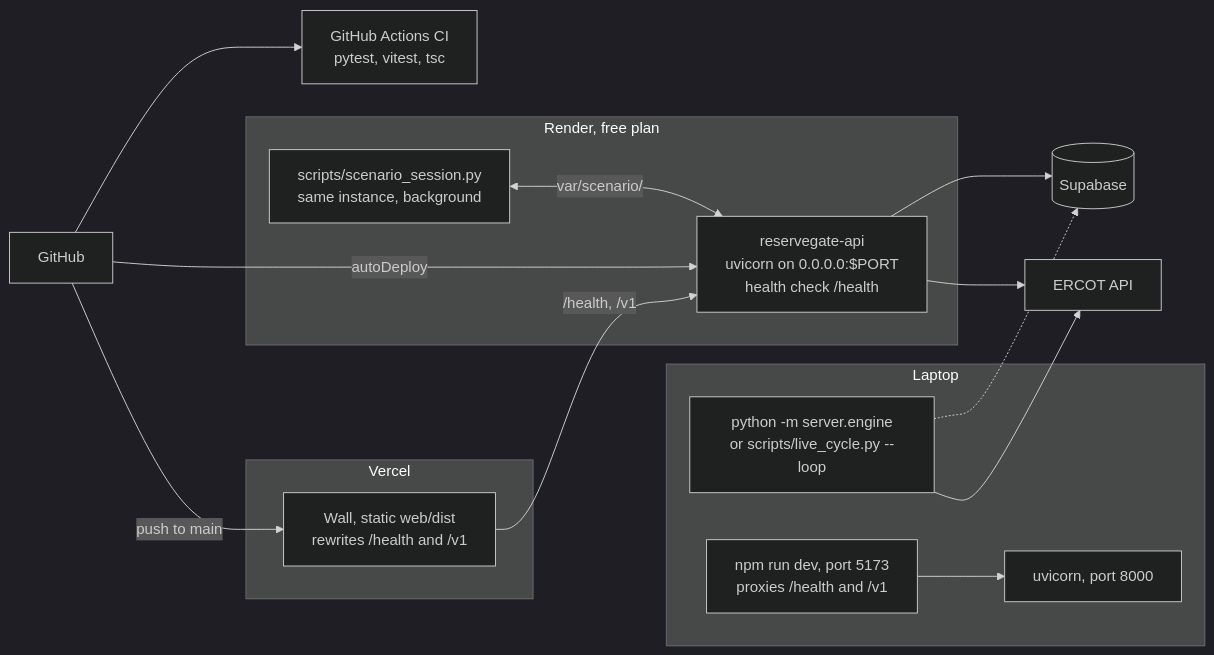
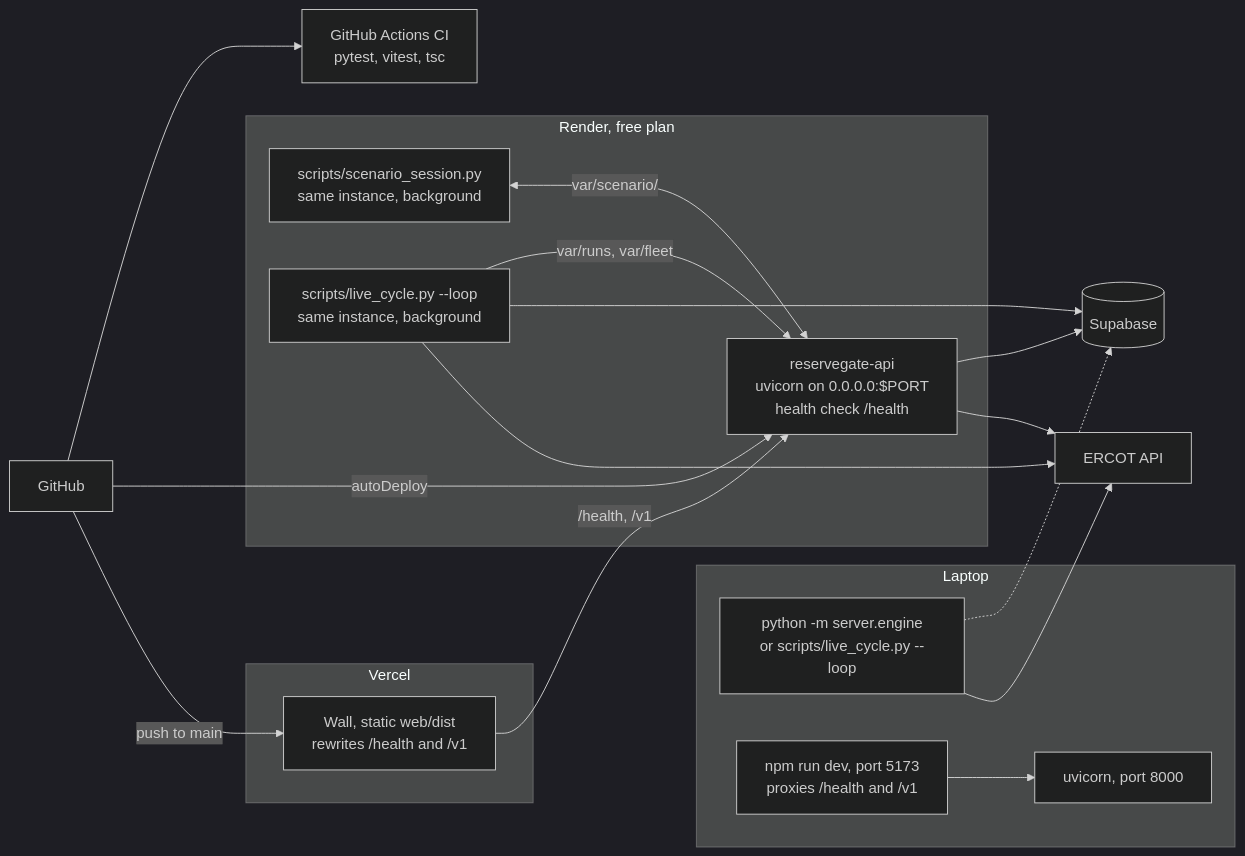
One commit to yeruvamaheswar/storm-prep-signal changed the third of 3 diagrams in docs/agents/system-design.md. Above: the diagram before and after it, drawn with Mermaid (dark theme). The commit also changed other lines of this file and 6 other files, not shown here.

````diff
--- a/docs/agents/system-design.md
+++ b/docs/agents/system-design.md
@@ -245,30 +245,34 @@
 ```mermaid
 flowchart LR
   subgraph laptop["Laptop"]
     ENG["python -m server.engine<br/>or scripts/live_cycle.py --loop"]
     DEVAPI["uvicorn, port 8000"]
     DEVWEB["npm run dev, port 5173<br/>proxies /health and /v1"]
     DEVWEB --> DEVAPI
   end
   subgraph render["Render, free plan"]
     RAPI["reservegate-api<br/>uvicorn on 0.0.0.0:$PORT<br/>health check /health"]
     RSESS["scripts/scenario_session.py<br/>same instance, background"]
+    RLIVE["scripts/live_cycle.py --loop<br/>same instance, background"]
     RSESS <-->|"var/scenario/"| RAPI
+    RLIVE -->|"var/runs, var/fleet"| RAPI
   end
   subgraph vercel["Vercel"]
     VWALL["Wall, static web/dist<br/>rewrites /health and /v1"]
   end
   SB[("Supabase")]
   ERCOT["ERCOT API"]
   GH["GitHub"]
   CI["GitHub Actions CI<br/>pytest, vitest, tsc"]
 
   ENG -.-> SB
   ENG --> ERCOT
+  RLIVE --> SB
+  RLIVE --> ERCOT
   RAPI --> SB
   RAPI --> ERCOT
   VWALL -->|"/health, /v1"| RAPI
   GH --> CI
   GH -->|"autoDeploy"| RAPI
   GH -->|"push to main"| VWALL
 ```
````
